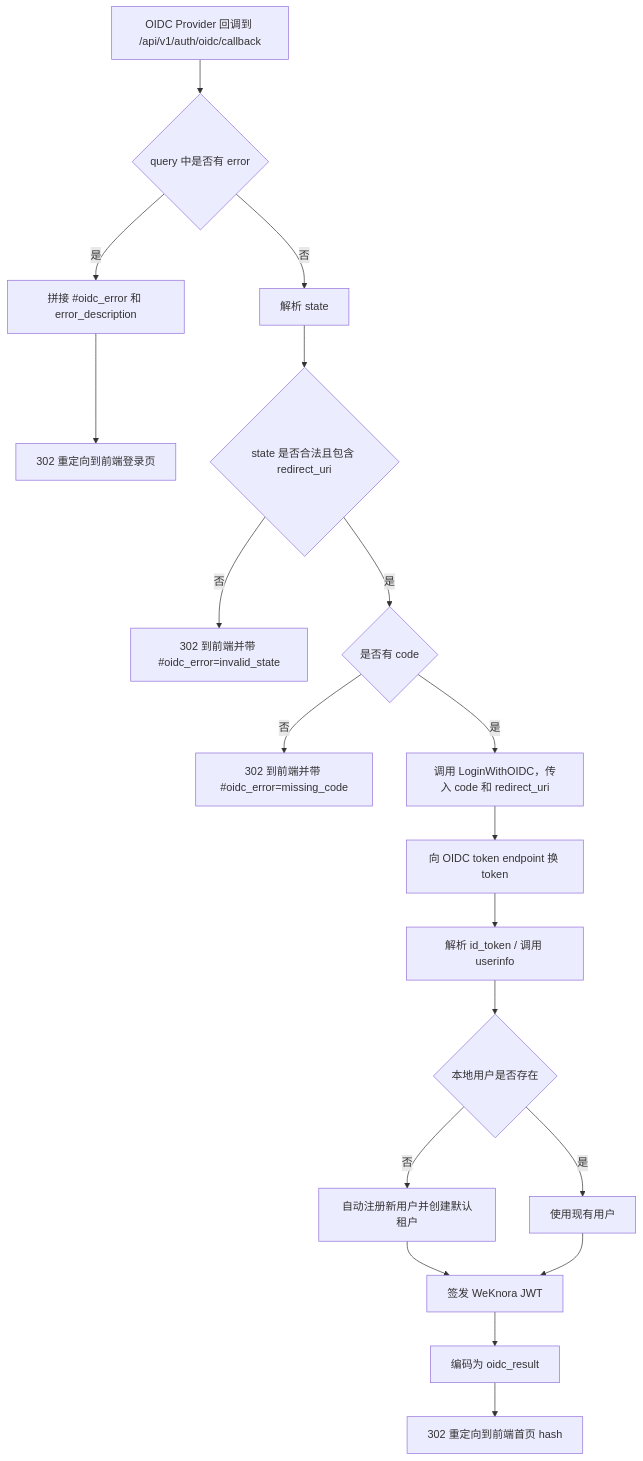
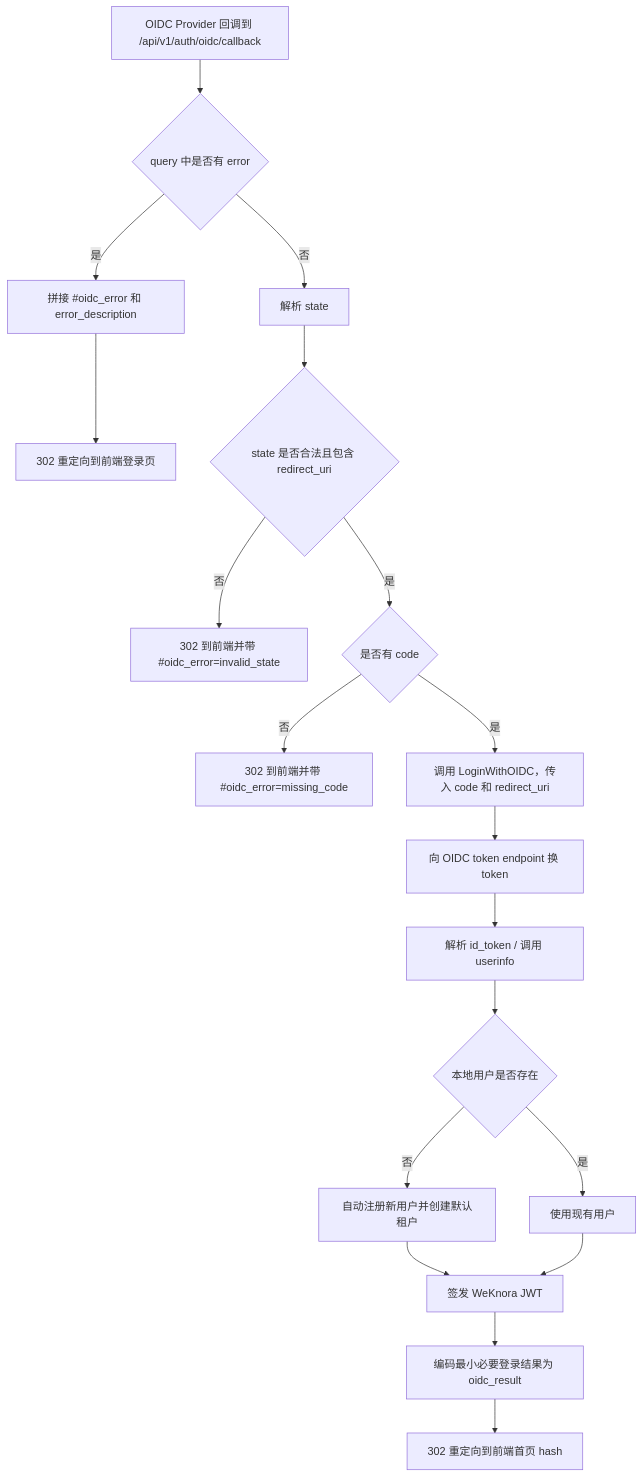
One commit to agentone666-ship-it/WeKnora-custom changed the second of 2 diagrams in docs/OIDC认证调用流程.md. Above: the diagram before and after it, drawn with Mermaid. The commit also changed other lines of this file and 2 other files, not shown here.

Commit message:
simplify oidc callback result payload

````diff
--- a/docs/OIDC认证调用流程.md
+++ b/docs/OIDC认证调用流程.md
@@ -102,24 +104,24 @@
 ```mermaid
 flowchart TD
     A[OIDC Provider 回调到 /api/v1/auth/oidc/callback] --> B{query 中是否有 error}
     B -- 是 --> C[拼接 #oidc_error 和 error_description]
     C --> D[302 重定向到前端登录页]
 
     B -- 否 --> E[解析 state]
     E --> F{state 是否合法且包含 redirect_uri}
     F -- 否 --> G[302 到前端并带 #oidc_error=invalid_state]
 
     F -- 是 --> H{是否有 code}
     H -- 否 --> I[302 到前端并带 #oidc_error=missing_code]
 
     H -- 是 --> J[调用 LoginWithOIDC，传入 code 和 redirect_uri]
     J --> K[向 OIDC token endpoint 换 token]
     K --> L[解析 id_token / 调用 userinfo]
     L --> M{本地用户是否存在}
     M -- 否 --> N[自动注册新用户并创建默认租户]
     M -- 是 --> O[使用现有用户]
     N --> P[签发 WeKnora JWT]
     O --> P
-    P --> Q[编码为 oidc_result]
+    P --> Q[编码最小必要登录结果为 oidc_result]
     Q --> R[302 重定向到前端首页 hash]
 ```
````
